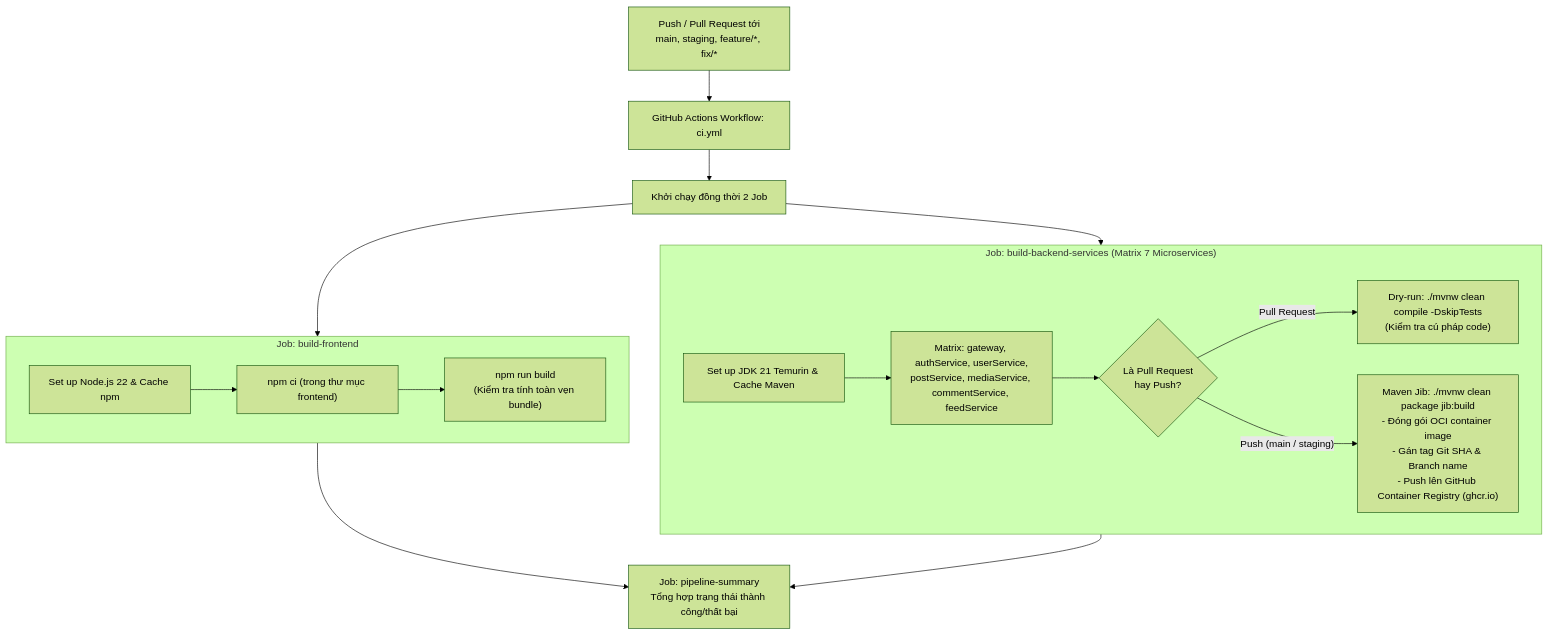
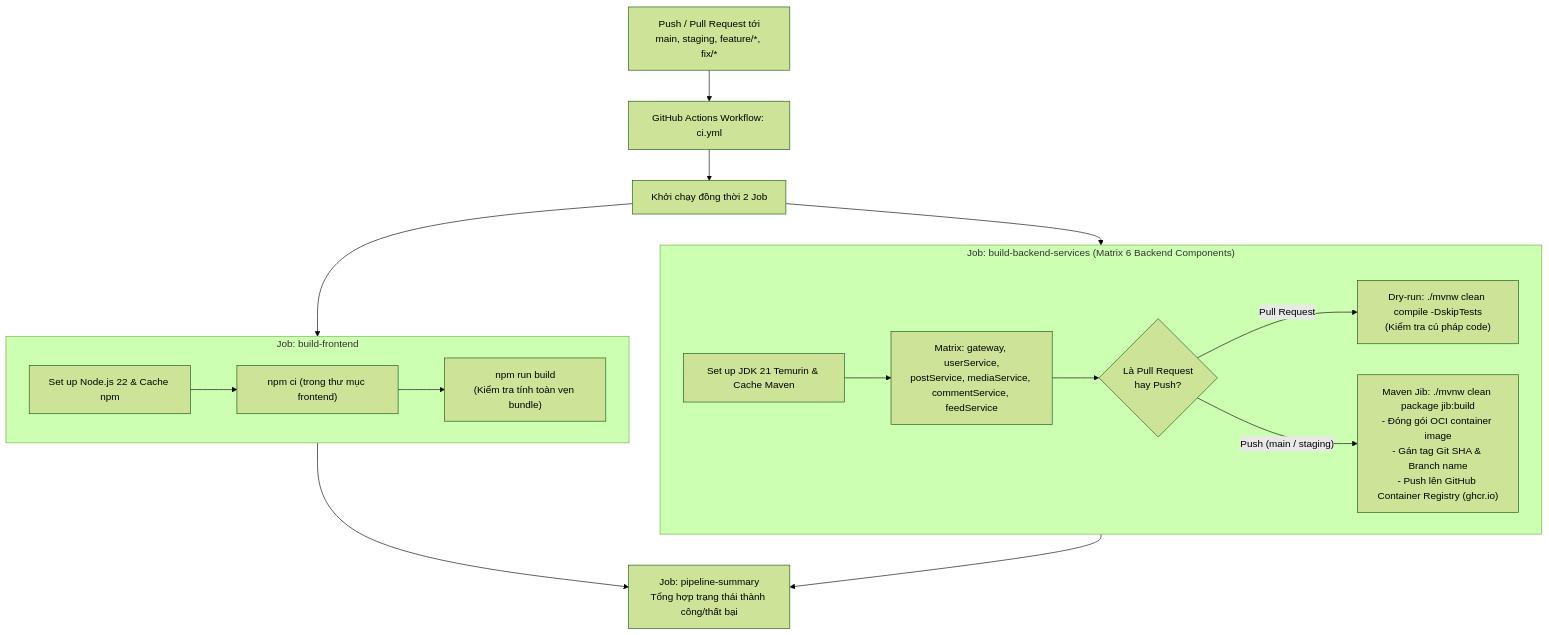
One commit to MinhElly/fakebook changed the diagram in docs/06-deployment/ci-cd.md. Above: the diagram before and after it, drawn with Mermaid (forest theme). The commit also changed other lines of this file and 153 other files, not shown here.

Commit message:
chore: remove unused auth service and root tooling

````diff
--- a/docs/06-deployment/ci-cd.md
+++ b/docs/06-deployment/ci-cd.md
@@ -9,27 +9,27 @@
 ```mermaid
 flowchart TD
     Push["Push / Pull Request tới<br/>main, staging, feature/*, fix/*"] --> Trigger["GitHub Actions Workflow: ci.yml"]
     
     Trigger --> Parallel["Khởi chạy đồng thời 2 Job"]
     
     subgraph Job1["Job: build-frontend"]
         NodeSetup["Set up Node.js 22 & Cache npm"] --> NpmCI["npm ci (trong thư mục frontend)"]
         NpmCI --> BuildFE["npm run build<br/>(Kiểm tra tính toàn vẹn bundle)"]
     end
     
-    subgraph Job2["Job: build-backend-services (Matrix 7 Microservices)"]
-        JDK["Set up JDK 21 Temurin & Cache Maven"] --> MatrixInit["Matrix: gateway, authService, userService,<br/>postService, mediaService, commentService, feedService"]
+    subgraph Job2["Job: build-backend-services (Matrix 6 Backend Components)"]
+        JDK["Set up JDK 21 Temurin & Cache Maven"] --> MatrixInit["Matrix: gateway, userService,<br/>postService, mediaService, commentService, feedService"]
         
         MatrixInit --> CheckEvent{"Là Pull Request<br/>hay Push?"}
         
         CheckEvent -- "Pull Request" --> PRCompile["Dry-run: ./mvnw clean compile -DskipTests<br/>(Kiểm tra cú pháp code)"]
         
         CheckEvent -- "Push (main / staging)" --> JibBuild["Maven Jib: ./mvnw clean package jib:build<br/>- Đóng gói OCI container image<br/>- Gán tag Git SHA & Branch name<br/>- Push lên GitHub Container Registry (ghcr.io)"]
     end
     
     Parallel --> Job1
     Parallel --> Job2
     
     Job1 --> Summary["Job: pipeline-summary<br/>Tổng hợp trạng thái thành công/thất bại"]
     Job2 --> Summary
 ```
````
